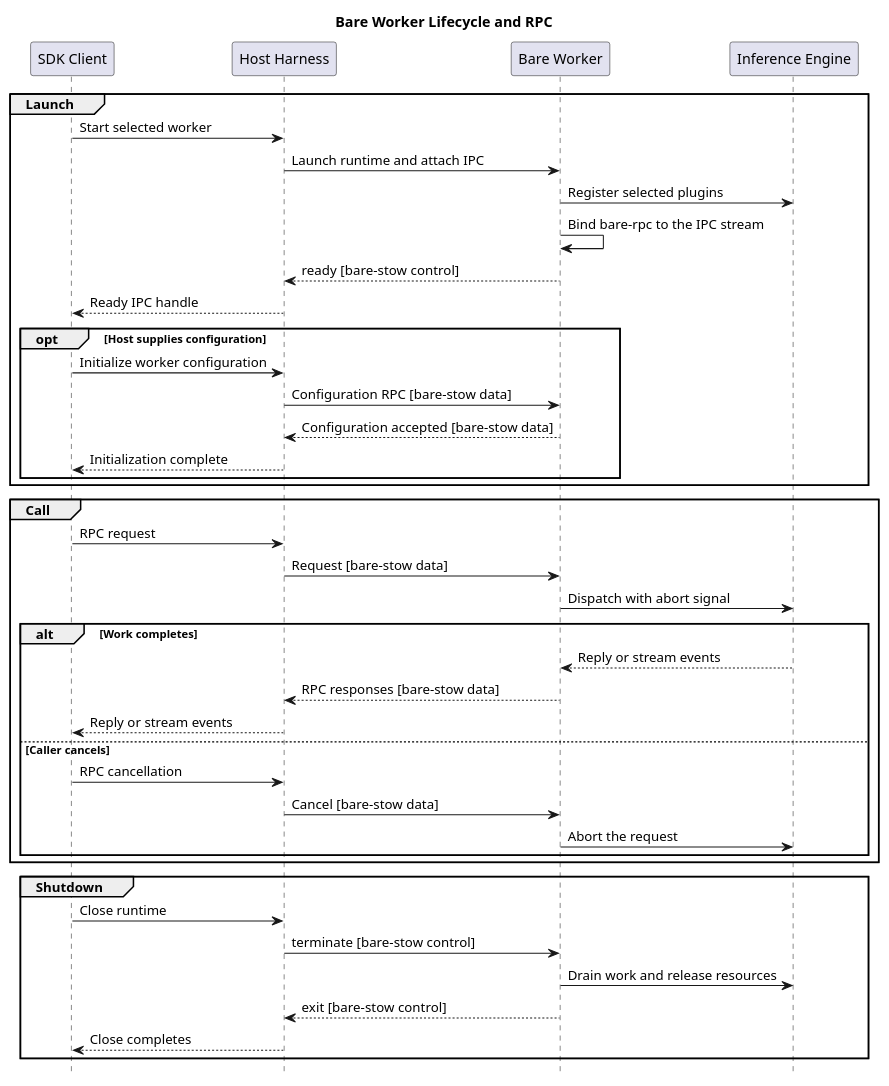
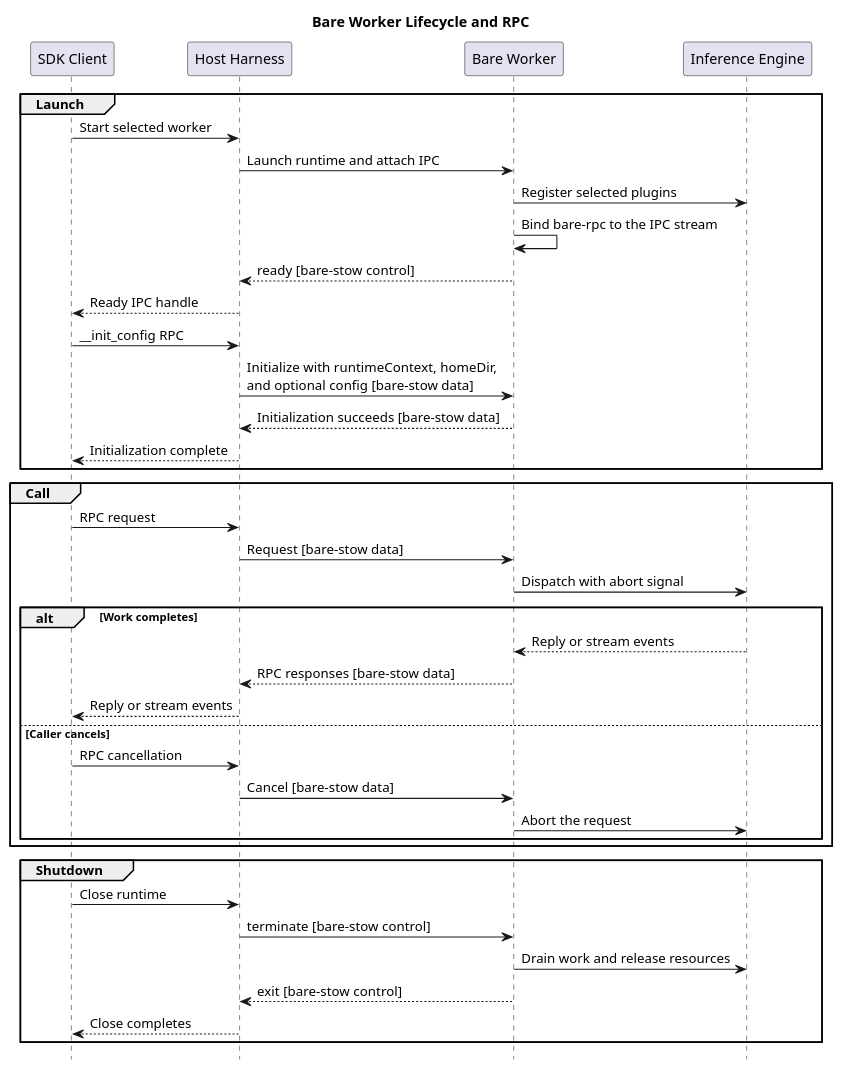
The diagram in docs/architecture/puml/07-rpc-communication-flow.puml (tetherto/qvac), drawn with PlantUML before and after one commit. The commit also changed 10 other files, not shown here.

Commit message:
doc[notask]: clarify SDK architecture boundaries and flows

```diff
--- a/docs/architecture/puml/07-rpc-communication-flow.puml
+++ b/docs/architecture/puml/07-rpc-communication-flow.puml
@@ -1,47 +1,45 @@
 @startuml
 title Bare Worker Lifecycle and RPC
 hide footbox
 
 participant "SDK Client" as Client
 participant "Host Harness" as Host
 participant "Bare Worker" as Worker
 participant "Inference Engine" as Engine
 
 group Launch
     Client -> Host : Start selected worker
     Host -> Worker : Launch runtime and attach IPC
     Worker -> Engine : Register selected plugins
     Worker -> Worker : Bind bare-rpc to the IPC stream
     Worker --> Host : ready [bare-stow control]
     Host --> Client : Ready IPC handle
-    opt Host supplies configuration
-        Client -> Host : Initialize worker configuration
-        Host -> Worker : Configuration RPC [bare-stow data]
-        Worker --> Host : Configuration accepted [bare-stow data]
-        Host --> Client : Initialization complete
-    end
+    Client -> Host : __init_config RPC
+    Host -> Worker : Initialize with runtimeContext, homeDir,\nand optional config [bare-stow data]
+    Worker --> Host : Initialization succeeds [bare-stow data]
+    Host --> Client : Initialization complete
 end
 
 group Call
     Client -> Host : RPC request
     Host -> Worker : Request [bare-stow data]
     Worker -> Engine : Dispatch with abort signal
     alt Work completes
         Engine --> Worker : Reply or stream events
         Worker --> Host : RPC responses [bare-stow data]
         Host --> Client : Reply or stream events
     else Caller cancels
         Client -> Host : RPC cancellation
         Host -> Worker : Cancel [bare-stow data]
         Worker -> Engine : Abort the request
     end
 end
 
 group Shutdown
     Client -> Host : Close runtime
     Host -> Worker : terminate [bare-stow control]
     Worker -> Engine : Drain work and release resources
     Worker --> Host : exit [bare-stow control]
     Host --> Client : Close completes
 end
 @enduml
```
